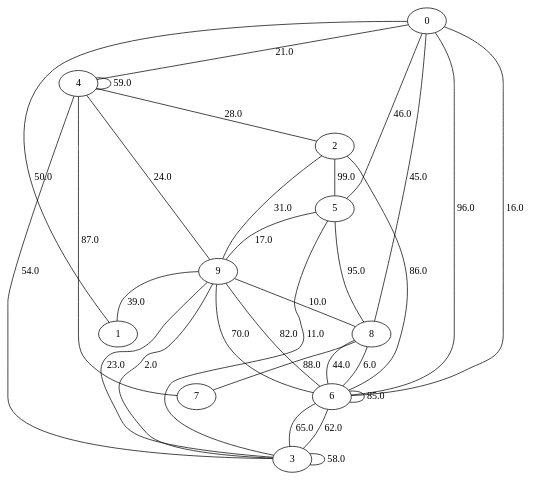
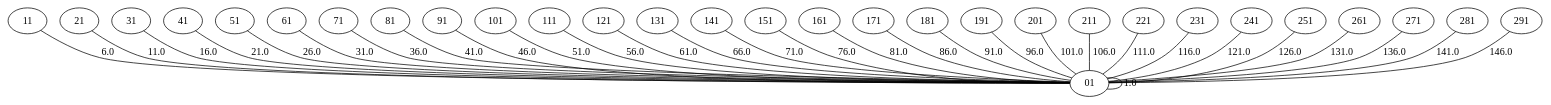
One commit to HAWProjects/GKA changed the diagram in result/result.gv. Above: the diagram before and after it, drawn with Graphviz. The commit also changed 7 other files, not shown here.

Commit message:
graphconstruktor works now a Graph will be correctly generatet

```diff
--- a/result/result.gv
+++ b/result/result.gv
@@ -1,42 +1,62 @@
 graph G {
-  1 [ label="0" distortion="10" color="" ];
-  2 [ label="1" distortion="18" color="" ];
-  3 [ label="2" distortion="10" color="" ];
-  4 [ label="3" distortion="13" color="" ];
-  5 [ label="4" distortion="7" color="" ];
-  6 [ label="5" distortion="15" color="" ];
-  7 [ label="6" distortion="10" color="" ];
-  8 [ label="7" distortion="0" color="" ];
-  9 [ label="8" distortion="9" color="" ];
-  10 [ label="9" distortion="14" color="" ];
-  4 -- 10 [ label="2.0" weight="2.0" color="" ];
-  7 -- 7 [ label="85.0" weight="85.0" color="" ];
-  7 -- 10 [ label="82.0" weight="82.0" color="" ];
-  10 -- 9 [ label="10.0" weight="10.0" color="" ];
-  6 -- 10 [ label="17.0" weight="17.0" color="" ];
-  10 -- 2 [ label="39.0" weight="39.0" color="" ];
-  4 -- 4 [ label="58.0" weight="58.0" color="" ];
-  5 -- 3 [ label="28.0" weight="28.0" color="" ];
-  9 -- 7 [ label="6.0" weight="6.0" color="" ];
-  7 -- 1 [ label="16.0" weight="16.0" color="" ];
-  1 -- 5 [ label="21.0" weight="21.0" color="" ];
-  10 -- 7 [ label="70.0" weight="70.0" color="" ];
-  5 -- 8 [ label="87.0" weight="87.0" color="" ];
-  9 -- 8 [ label="88.0" weight="88.0" color="" ];
-  6 -- 1 [ label="46.0" weight="46.0" color="" ];
-  1 -- 2 [ label="50.0" weight="50.0" color="" ];
-  10 -- 3 [ label="31.0" weight="31.0" color="" ];
-  1 -- 7 [ label="96.0" weight="96.0" color="" ];
-  10 -- 4 [ label="23.0" weight="23.0" color="" ];
-  7 -- 4 [ label="65.0" weight="65.0" color="" ];
-  3 -- 7 [ label="86.0" weight="86.0" color="" ];
-  5 -- 5 [ label="59.0" weight="59.0" color="" ];
-  9 -- 6 [ label="95.0" weight="95.0" color="" ];
-  6 -- 4 [ label="11.0" weight="11.0" color="" ];
-  3 -- 6 [ label="99.0" weight="99.0" color="" ];
-  1 -- 9 [ label="45.0" weight="45.0" color="" ];
-  7 -- 9 [ label="44.0" weight="44.0" color="" ];
-  4 -- 5 [ label="54.0" weight="54.0" color="" ];
-  4 -- 7 [ label="62.0" weight="62.0" color="" ];
-  10 -- 5 [ label="24.0" weight="24.0" color="" ];
+  1 [ label="01" distortion="0" color="" ];
+  2 [ label="11" distortion="0" color="" ];
+  3 [ label="21" distortion="0" color="" ];
+  4 [ label="31" distortion="0" color="" ];
+  5 [ label="41" distortion="0" color="" ];
+  6 [ label="51" distortion="0" color="" ];
+  7 [ label="61" distortion="0" color="" ];
+  8 [ label="71" distortion="0" color="" ];
+  9 [ label="81" distortion="0" color="" ];
+  10 [ label="91" distortion="0" color="" ];
+  11 [ label="101" distortion="0" color="" ];
+  12 [ label="111" distortion="0" color="" ];
+  13 [ label="121" distortion="0" color="" ];
+  14 [ label="131" distortion="0" color="" ];
+  15 [ label="141" distortion="0" color="" ];
+  16 [ label="151" distortion="0" color="" ];
+  17 [ label="161" distortion="0" color="" ];
+  18 [ label="171" distortion="0" color="" ];
+  19 [ label="181" distortion="0" color="" ];
+  20 [ label="191" distortion="0" color="" ];
+  21 [ label="201" distortion="0" color="" ];
+  22 [ label="211" distortion="0" color="" ];
+  23 [ label="221" distortion="0" color="" ];
+  24 [ label="231" distortion="0" color="" ];
+  25 [ label="241" distortion="0" color="" ];
+  26 [ label="251" distortion="0" color="" ];
+  27 [ label="261" distortion="0" color="" ];
+  28 [ label="271" distortion="0" color="" ];
+  29 [ label="281" distortion="0" color="" ];
+  30 [ label="291" distortion="0" color="" ];
+  2 -- 1 [ label="6.0" weight="6.0" color="" ];
+  3 -- 1 [ label="11.0" weight="11.0" color="" ];
+  4 -- 1 [ label="16.0" weight="16.0" color="" ];
+  5 -- 1 [ label="21.0" weight="21.0" color="" ];
+  6 -- 1 [ label="26.0" weight="26.0" color="" ];
+  7 -- 1 [ label="31.0" weight="31.0" color="" ];
+  8 -- 1 [ label="36.0" weight="36.0" color="" ];
+  9 -- 1 [ label="41.0" weight="41.0" color="" ];
+  10 -- 1 [ label="46.0" weight="46.0" color="" ];
+  11 -- 1 [ label="51.0" weight="51.0" color="" ];
+  12 -- 1 [ label="56.0" weight="56.0" color="" ];
+  13 -- 1 [ label="61.0" weight="61.0" color="" ];
+  14 -- 1 [ label="66.0" weight="66.0" color="" ];
+  15 -- 1 [ label="71.0" weight="71.0" color="" ];
+  16 -- 1 [ label="76.0" weight="76.0" color="" ];
+  17 -- 1 [ label="81.0" weight="81.0" color="" ];
+  18 -- 1 [ label="86.0" weight="86.0" color="" ];
+  19 -- 1 [ label="91.0" weight="91.0" color="" ];
+  20 -- 1 [ label="96.0" weight="96.0" color="" ];
+  21 -- 1 [ label="101.0" weight="101.0" color="" ];
+  22 -- 1 [ label="106.0" weight="106.0" color="" ];
+  23 -- 1 [ label="111.0" weight="111.0" color="" ];
+  24 -- 1 [ label="116.0" weight="116.0" color="" ];
+  25 -- 1 [ label="121.0" weight="121.0" color="" ];
+  26 -- 1 [ label="126.0" weight="126.0" color="" ];
+  27 -- 1 [ label="131.0" weight="131.0" color="" ];
+  28 -- 1 [ label="136.0" weight="136.0" color="" ];
+  29 -- 1 [ label="141.0" weight="141.0" color="" ];
+  30 -- 1 [ label="146.0" weight="146.0" color="" ];
+  1 -- 1 [ label="1.0" weight="1.0" color="" ];
 }
```
